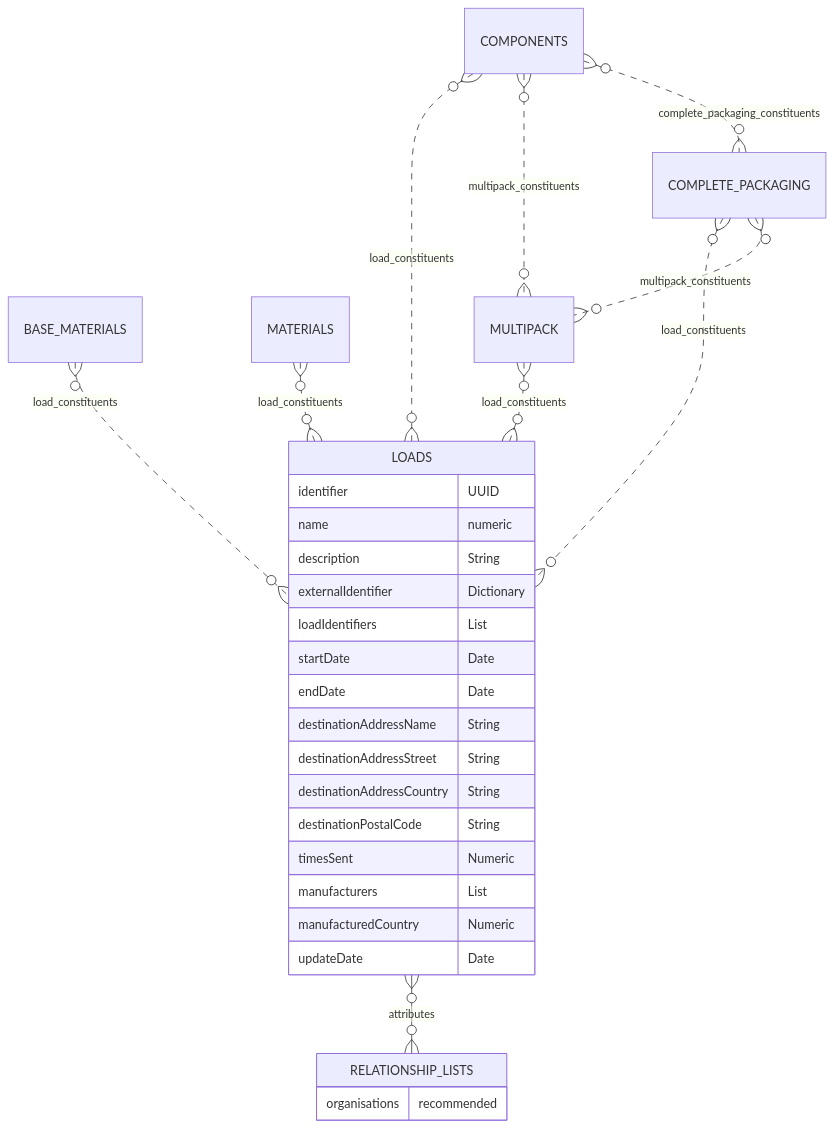
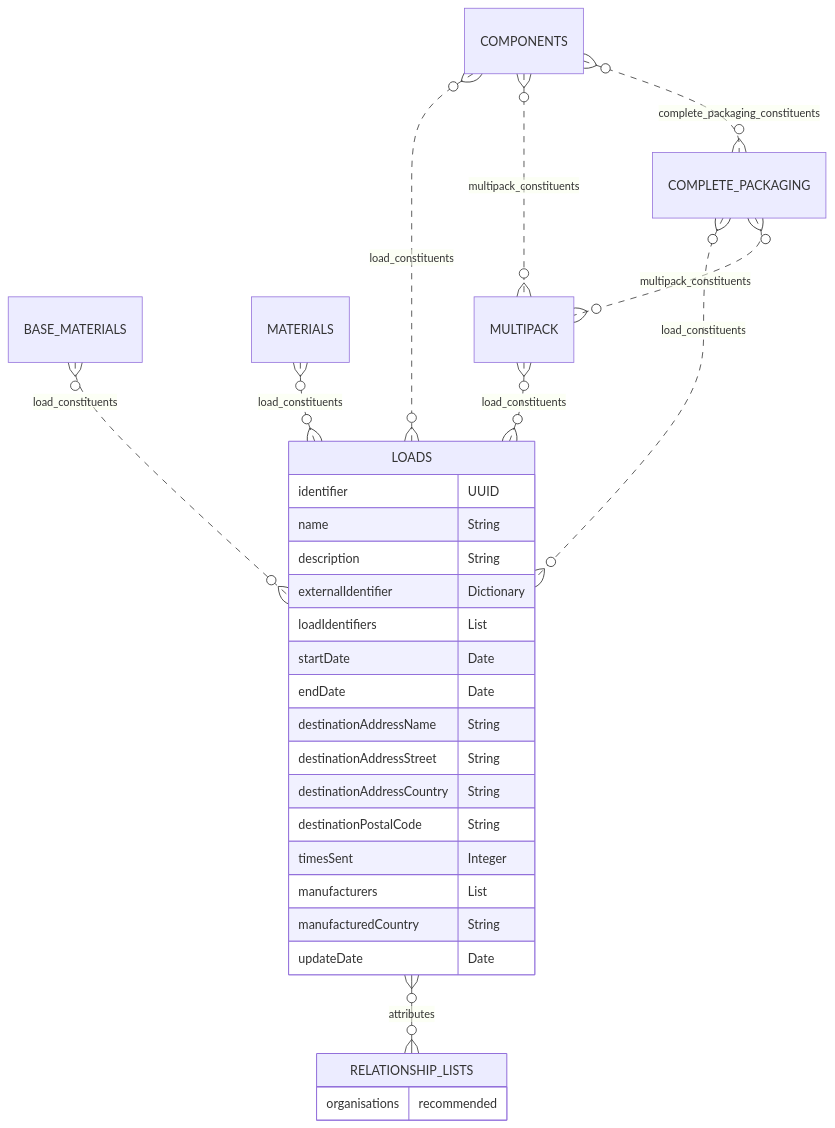
Before and after one commit to OpenDataManchester/Open3P: the diagram in docs/3_Data_Specification/3_7_Load.md, drawn with Mermaid. The commit also changed other lines of this file, not shown here.

Commit message:
Changed Numeric format in Loads

````diff
--- a/docs/3_Data_Specification/3_7_Load.md
+++ b/docs/3_Data_Specification/3_7_Load.md
@@ -33,32 +33,32 @@
 ``` mermaid
 erDiagram
 BASE_MATERIALS }o..o{ LOADS : load_constituents
 MATERIALS }o..o{ LOADS : load_constituents
 COMPLETE_PACKAGING }o..o{ LOADS : load_constituents
 COMPONENTS }o..o{ LOADS : load_constituents
 MULTIPACK }o..o{ LOADS : load_constituents
 COMPONENTS }o..o{ MULTIPACK : multipack_constituents
 COMPLETE_PACKAGING }o..o{ MULTIPACK : multipack_constituents
 COMPONENTS }o..o{ COMPLETE_PACKAGING : complete_packaging_constituents
   LOADS {
     identifier UUID
-    name numeric
+    name String
     description String
     externalIdentifier Dictionary
     loadIdentifiers List
     startDate Date
     endDate Date
     destinationAddressName String
     destinationAddressStreet String
     destinationAddressCountry String
     destinationPostalCode String
-    timesSent Numeric
+    timesSent Integer
     manufacturers List
-    manufacturedCountry Numeric
+    manufacturedCountry String
     updateDate Date
   }
   LOADS }o--o{ RELATIONSHIP_LISTS : attributes
   RELATIONSHIP_LISTS {
       organisations recommended
     }
 ```
````
